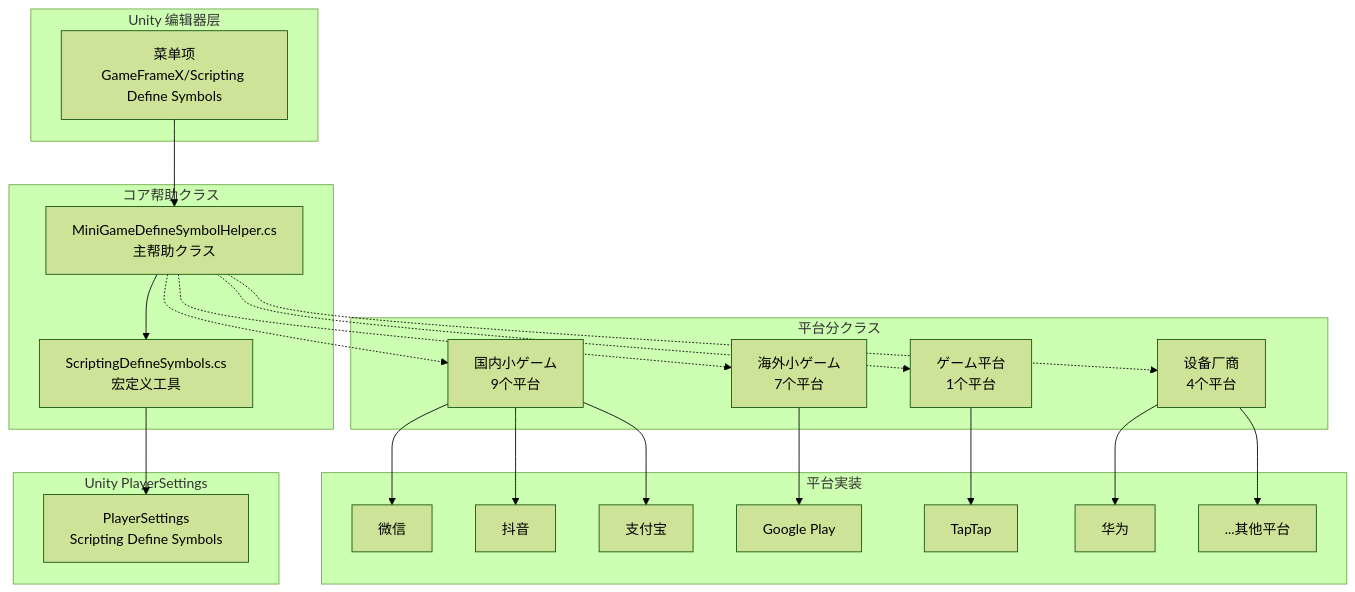
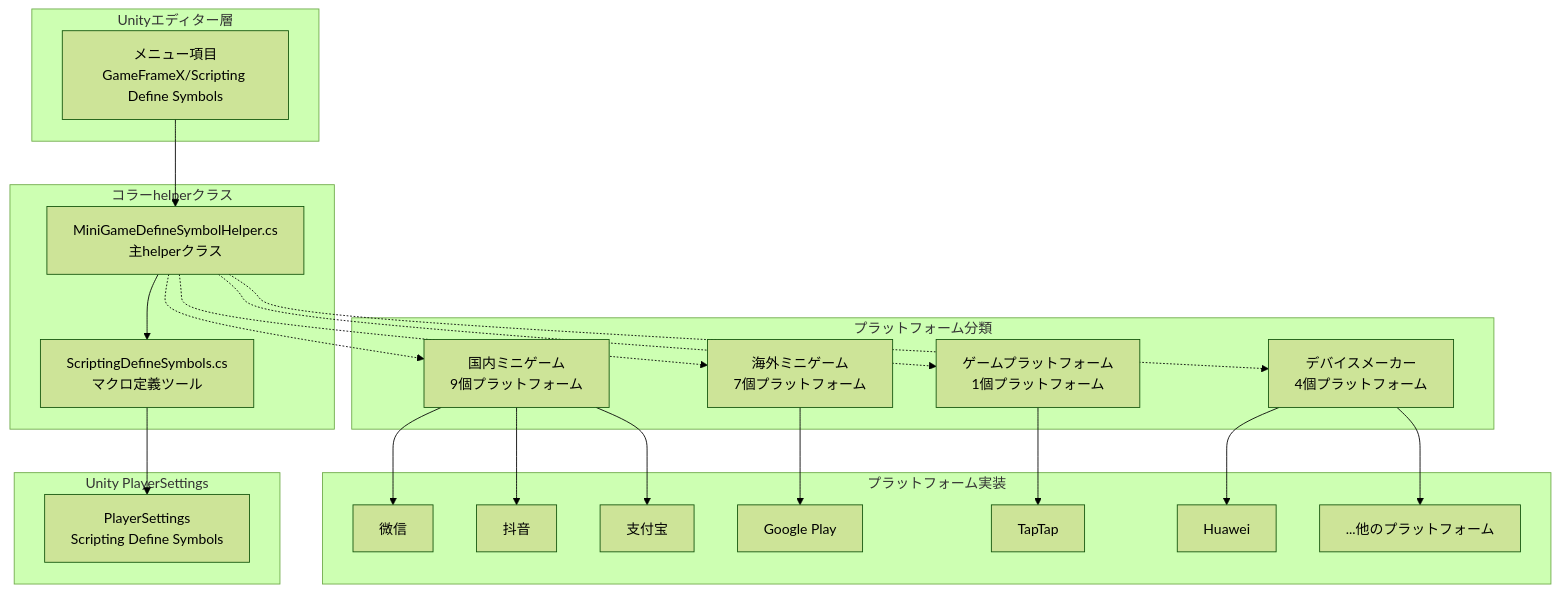
Before and after one commit to AlianBlank/GameFrameX.Docs: the first of 3 diagrams in docs/ja/client/unity/component/core/19.platforms.md, drawn with Mermaid (forest theme). The commit also changed other lines of this file and 320 other files, not shown here.

````diff
--- a/docs/ja/client/unity/component/core/19.platforms.md
+++ b/docs/ja/client/unity/component/core/19.platforms.md
@@ -18,49 +18,49 @@
 ```mermaid
 flowchart TD
-    subgraph UnityEditor["Unity 编辑器层"]
-        Menu[菜单项<br/>GameFrameX/Scripting Define Symbols]
+    subgraph UnityEditor["Unityエディター層"]
+        Menu[メニュー項目<br/>GameFrameX/Scripting Define Symbols]
     end
 
-    subgraph CoreHelper["コア帮助クラス"]
-        MainHelper[MiniGameDefineSymbolHelper.cs<br/>主帮助クラス]
-        SymbolHelper[ScriptingDefineSymbols.cs<br/>宏定义工具]
+    subgraph CoreHelper["コラーhelperクラス"]
+        MainHelper[MiniGameDefineSymbolHelper.cs<br/>主helperクラス]
+        SymbolHelper[ScriptingDefineSymbols.cs<br/>マクロ定義ツール]
     end
 
-    subgraph PlatformGroup["平台分クラス"]
-        Domestic[国内小ゲーム<br/>9个平台]
-        International[海外小ゲーム<br/>7个平台]
-        DeviceOEM[设备厂商<br/>4个平台]
-        GamePlatform[ゲーム平台<br/>1个平台]
+    subgraph PlatformGroup["プラットフォーム分類"]
+        Domestic[国内ミニゲーム<br/>9個プラットフォーム]
+        International[海外ミニゲーム<br/>7個プラットフォーム]
+        DeviceOEM[デバイスメーカー<br/>4個プラットフォーム]
+        GamePlatform[ゲームプラットフォーム<br/>1個プラットフォーム]
     end
 
-    subgraph PlatformImpl["平台実装"]
+    subgraph PlatformImpl["プラットフォーム実装"]
         WeChat[微信]
         DouYin[抖音]
         Alipay[支付宝]
         GooglePlay[Google Play]
         TapTap[TapTap]
-        Huawei[华为]
-        Others[...其他平台]
+        Huawei[ Huawei]
+        Others[...他のプラットフォーム]
     end
 
     subgraph UnityPlayerSettings["Unity PlayerSettings"]
         PlayerSettings[PlayerSettings<br/>Scripting Define Symbols]
     end
 
     Menu --> MainHelper
     MainHelper --> SymbolHelper
     SymbolHelper --> PlayerSettings
-    
+
     MainHelper -.-> Domestic
     MainHelper -.-> International
     MainHelper -.-> DeviceOEM
     MainHelper -.-> GamePlatform
-    
+
     Domestic --> WeChat
     Domestic --> DouYin
     Domestic --> Alipay
     International --> GooglePlay
     GamePlatform --> TapTap
     DeviceOEM --> Huawei
     DeviceOEM --> Others
 ```
````
